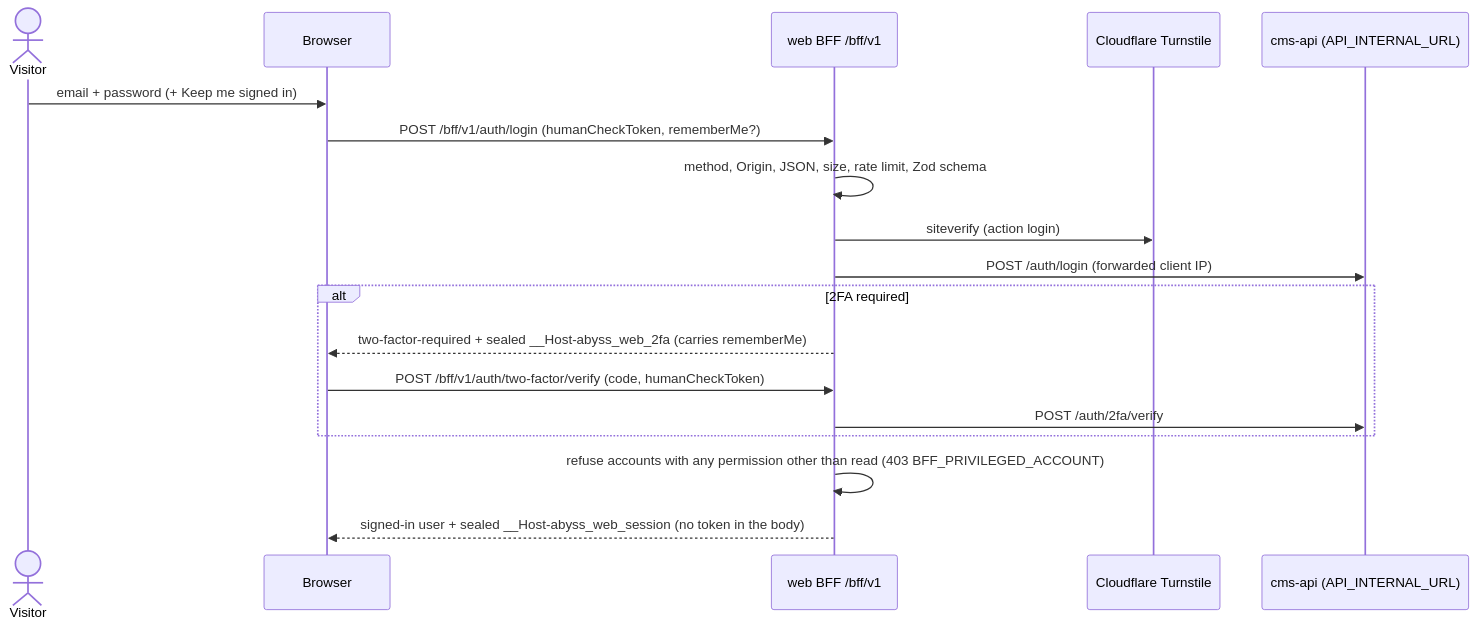
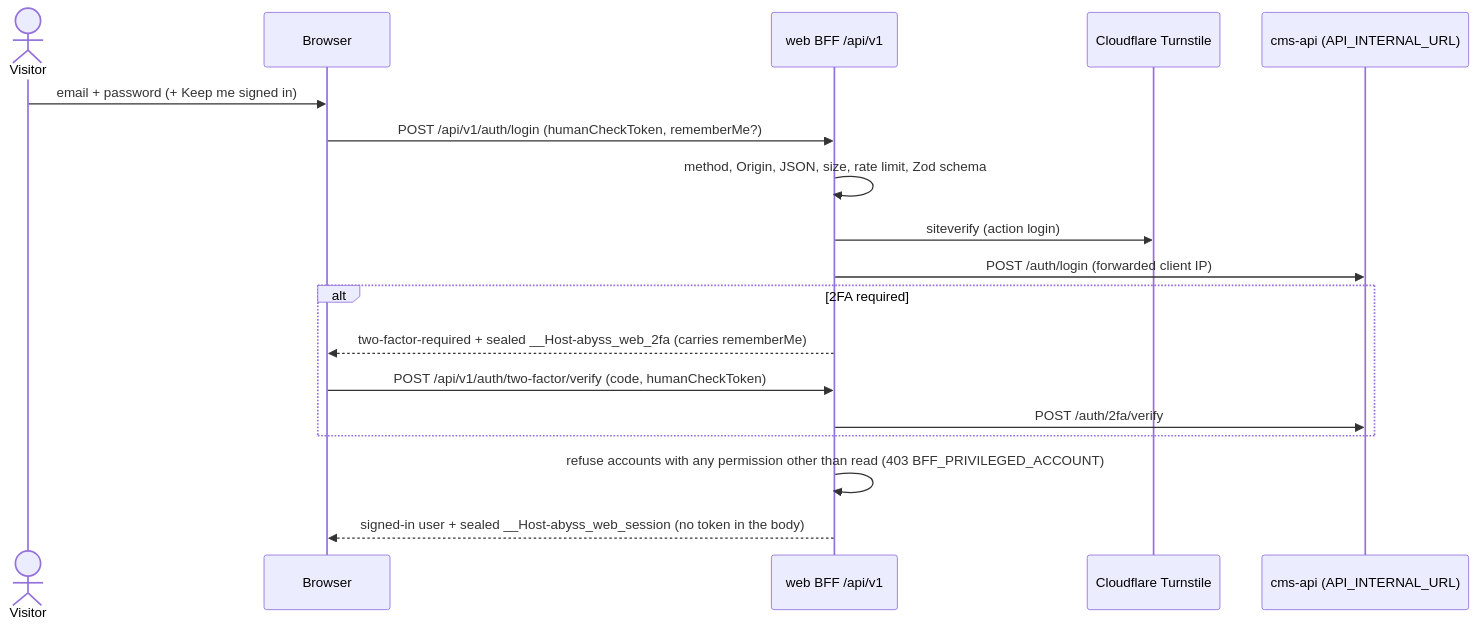
The fourth of 4 diagrams in docs/flows/sign-in/FLOW.md (hungnh1812dev/project-me), drawn with Mermaid before and after one commit. The commit also changed other lines of this file and 13 other files, not shown here.

First line of the commit message:
docs(spec): rename the web BFF path to /api/v1

````diff
--- a/docs/flows/sign-in/FLOW.md
+++ b/docs/flows/sign-in/FLOW.md
@@ -120,20 +120,20 @@
 ```mermaid
 sequenceDiagram
   actor U as Visitor
   participant B as Browser
-  participant F as web BFF /bff/v1
+  participant F as web BFF /api/v1
   participant T as Cloudflare Turnstile
   participant API as cms-api (API_INTERNAL_URL)
   U->>B: email + password (+ Keep me signed in)
-  B->>F: POST /bff/v1/auth/login (humanCheckToken, rememberMe?)
+  B->>F: POST /api/v1/auth/login (humanCheckToken, rememberMe?)
   F->>F: method, Origin, JSON, size, rate limit, Zod schema
   F->>T: siteverify (action login)
   F->>API: POST /auth/login (forwarded client IP)
   alt 2FA required
     F-->>B: two-factor-required + sealed __Host-abyss_web_2fa (carries rememberMe)
-    B->>F: POST /bff/v1/auth/two-factor/verify (code, humanCheckToken)
+    B->>F: POST /api/v1/auth/two-factor/verify (code, humanCheckToken)
     F->>API: POST /auth/2fa/verify
   end
   F->>F: refuse accounts with any permission other than read (403 BFF_PRIVILEGED_ACCOUNT)
   F-->>B: signed-in user + sealed __Host-abyss_web_session (no token in the body)
 ```
````
